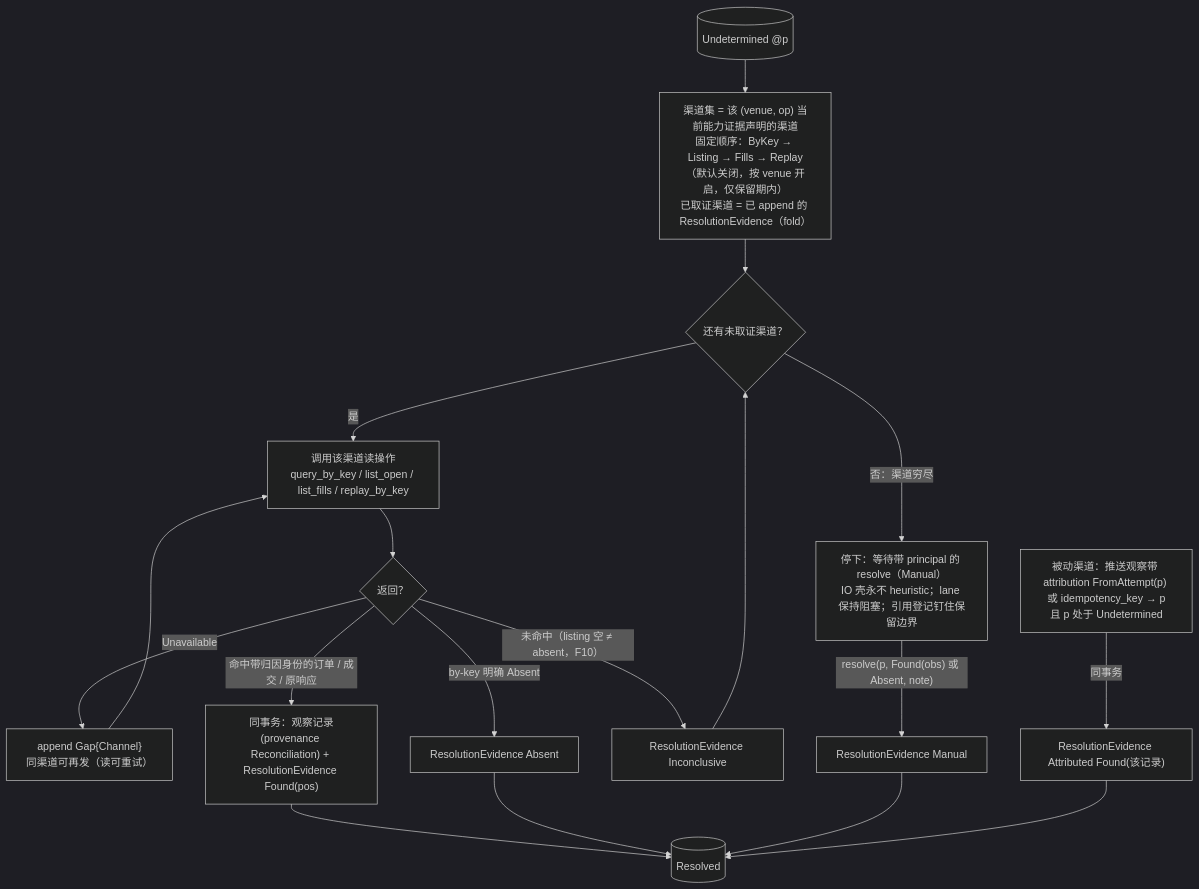
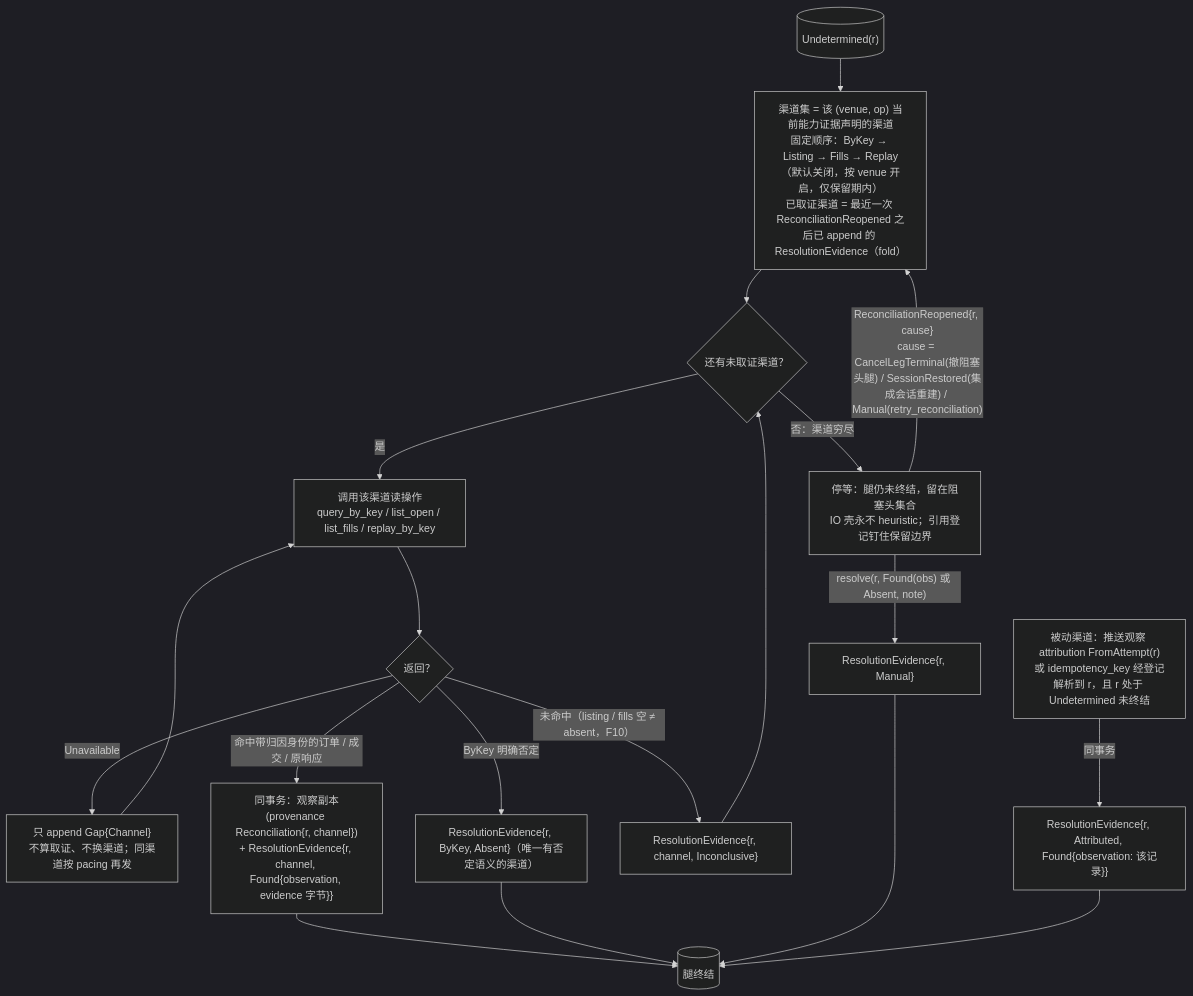
The second of 7 diagrams in design/diagrams/06-io-shell-attempt.md (mouriya-s-lab/uta), drawn with Mermaid (dark theme) before and after one commit. The commit also changed other lines of this file and 9 other files, not shown here.

Commit message:
设计：并入 astra 复核——腿身份 AttemptRef、回执/证据字节归执行事实、EffectResponse 完成事实、AwaitingTargetTerminal 有界出口、ReconciliationReopened 重开取证、取证记录矩阵（Unavailable 不算取证）、lane 集合语义贯通、恢复先判 Resolved、alignment 读当前流末 + checked_as_of、一版一决 Conflict(AlreadyDecided)、Lag/完备位置切面、唯一边=类型依赖与语义消费、XA 类比改设计标签；图 D1–D9 同步

````diff
--- a/design/diagrams/06-io-shell-attempt.md
+++ b/design/diagrams/06-io-shell-attempt.md
@@ -51,21 +54,22 @@
 ```mermaid
 flowchart TB
-  UD[("Undetermined @p")]
-  UD --> CH0["渠道集 = 该 (venue, op) 当前能力证据声明的渠道<br/>固定顺序：ByKey → Listing → Fills → Replay（默认关闭，按 venue 开启，仅保留期内）<br/>已取证渠道 = 已 append 的 ResolutionEvidence（fold）"]
+  UD[("Undetermined(r)")]
+  UD --> CH0["渠道集 = 该 (venue, op) 当前能力证据声明的渠道<br/>固定顺序：ByKey → Listing → Fills → Replay（默认关闭，按 venue 开启，仅保留期内）<br/>已取证渠道 = 最近一次 ReconciliationReopened 之后已 append 的 ResolutionEvidence（fold）"]
   CH0 --> NEXT{"还有未取证渠道？"}
   NEXT -->|"是"| CALL["调用该渠道读操作<br/>query_by_key / list_open / list_fills / replay_by_key"]
   CALL --> RES{"返回？"}
-  RES -->|"Unavailable"| GAP["append Gap{Channel}<br/>同渠道可再发（读可重试）"]
+  RES -->|"Unavailable"| GAP["只 append Gap{Channel}<br/>不算取证、不换渠道；同渠道按 pacing 再发"]
   GAP --> CALL
-  RES -->|"命中带归因身份的订单 / 成交 / 原响应"| FOUND["同事务：观察记录(provenance Reconciliation) + ResolutionEvidence Found(pos)"]
-  RES -->|"by-key 明确 Absent"| ABS["ResolutionEvidence Absent"]
-  RES -->|"未命中（listing 空 ≠ absent，F10）"| INC["ResolutionEvidence Inconclusive"]
+  RES -->|"命中带归因身份的订单 / 成交 / 原响应"| FOUND["同事务：观察副本(provenance Reconciliation{r, channel})<br/>+ ResolutionEvidence{r, channel, Found{observation, evidence 字节}}"]
+  RES -->|"ByKey 明确否定"| ABS["ResolutionEvidence{r, ByKey, Absent}（唯一有否定语义的渠道）"]
+  RES -->|"未命中（listing / fills 空 ≠ absent，F10）"| INC["ResolutionEvidence{r, channel, Inconclusive}"]
   INC --> NEXT
-  NEXT -->|"否：渠道穷尽"| WAIT["停下：等待带 principal 的 resolve（Manual）<br/>IO 壳永不 heuristic；lane 保持阻塞；引用登记钉住保留边界"]
-  WAIT -->|"resolve(p, Found(obs) 或 Absent, note)"| MAN["ResolutionEvidence Manual"]
-  ATTR["被动渠道：推送观察带 attribution FromAttempt(p) 或 idempotency_key → p<br/>且 p 处于 Undetermined"] -->|"同事务"| ATT["ResolutionEvidence Attributed Found(该记录)"]
-  FOUND --> RS[("Resolved")]
+  NEXT -->|"否：渠道穷尽"| WAIT["停等：腿仍未终结，留在阻塞头集合<br/>IO 壳永不 heuristic；引用登记钉住保留边界"]
+  WAIT -->|"resolve(r, Found(obs) 或 Absent, note)"| MAN["ResolutionEvidence{r, Manual}"]
+  WAIT -->|"ReconciliationReopened{r, cause}<br/>cause = CancelLegTerminal(撤阻塞头腿) / SessionRestored(集成会话重建) / Manual(retry_reconciliation)"| CH0
+  ATTR["被动渠道：推送观察 attribution FromAttempt(r)<br/>或 idempotency_key 经登记解析到 r，且 r 处于 Undetermined 未终结"] -->|"同事务"| ATT["ResolutionEvidence{r, Attributed, Found{observation: 该记录}}"]
+  FOUND --> RS[("腿终结")]
   ABS --> RS
   MAN --> RS
   ATT --> RS
 ```
````
